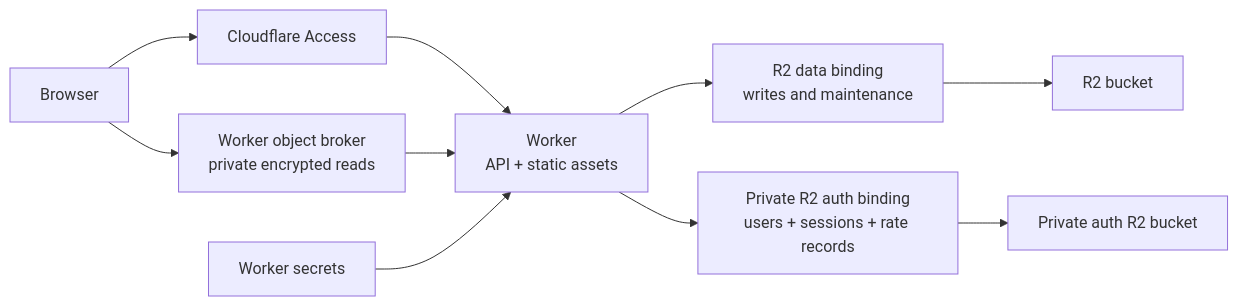
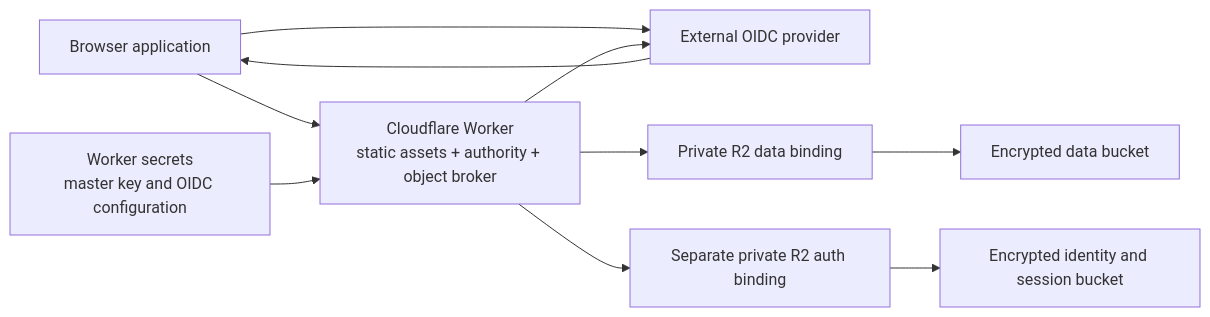
One commit to Jason-Doyle/thimble changed diagram 11 of 12 in docs/DIAGRAMS.md. Above: the diagram before and after it, drawn with Mermaid. The commit also changed other lines of this file and 96 other files, not shown here.

````diff
--- a/docs/DIAGRAMS.md
+++ b/docs/DIAGRAMS.md
@@ -186,22 +333,19 @@
 ```mermaid
 flowchart LR
-  Browser["Browser"]
-  Access["Cloudflare Access"]
-  Worker["Worker<br/>API + static assets"]
-  R2Binding["R2 data binding<br/>writes and maintenance"]
-  AuthBinding["Private R2 auth binding<br/>users + sessions + rate records"]
-  ReadBroker["Worker object broker<br/>private encrypted reads"]
-  R2["R2 bucket"]
-  AuthR2["Private auth R2 bucket"]
-  Secrets["Worker secrets"]
+  Browser["Browser application"]
+  OIDC["External OIDC provider"]
+  Worker["Cloudflare Worker<br/>static assets + authority + object broker"]
+  DataBinding["Private R2 data binding"]
+  AuthBinding["Separate private R2 auth binding"]
+  DataR2["Encrypted data bucket"]
+  AuthR2["Encrypted identity and session bucket"]
+  Secrets["Worker secrets<br/>master key and OIDC configuration"]
 
-  Browser --> Access
-  Access --> Worker
-  Browser --> ReadBroker
-  Worker --> R2Binding
-  Worker --> AuthBinding
-  ReadBroker --> Worker
-  R2Binding --> R2
-  AuthBinding --> AuthR2
+  Browser --> OIDC
+  OIDC --> Browser
+  Browser --> Worker
+  Worker --> OIDC
+  Worker --> DataBinding --> DataR2
+  Worker --> AuthBinding --> AuthR2
   Secrets --> Worker
 ```
````
